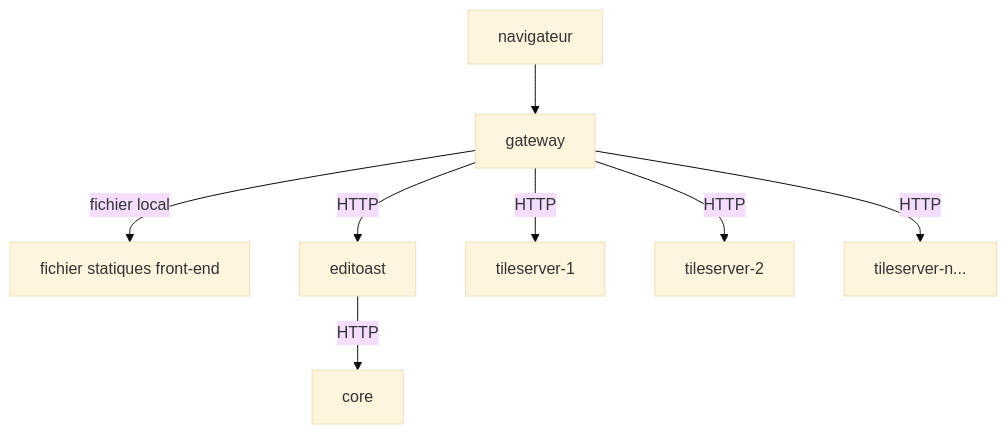
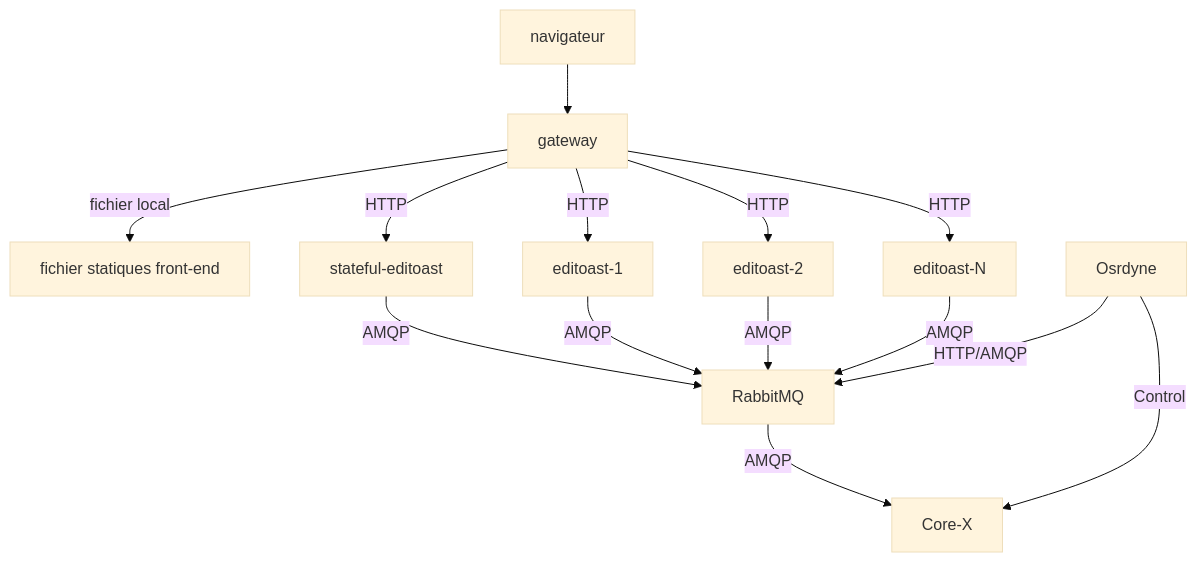
One commit to OpenRailAssociation/osrd-website changed the diagram in content/docs/guides/deploy/kubernetes/_index.fr.md. Above: the diagram before and after it, drawn with Mermaid (base theme). The commit also changed other lines of this file and 1 other file, not shown here.

````diff
--- a/content/docs/guides/deploy/kubernetes/_index.fr.md
+++ b/content/docs/guides/deploy/kubernetes/_index.fr.md
@@ -24,13 +29,19 @@
 ```mermaid
 flowchart TD
     gw["gateway"]
     front["fichier statiques front-end"]
     gw -- fichier local --> front
 
     navigateur --> gw
-    gw -- HTTP --> editoast
-    gw -- HTTP --> tileserver-1
-    gw -- HTTP --> tileserver-2
-    gw -- HTTP --> tileserver-n...
-    editoast -- HTTP --> core
+    gw -- HTTP --> stateful-editoast
+    gw -- HTTP --> editoast-1
+    gw -- HTTP --> editoast-2
+    gw -- HTTP --> editoast-N
+    stateful-editoast -- AMQP --> RabbitMQ
+    editoast-1 -- AMQP --> RabbitMQ
+    editoast-2 -- AMQP --> RabbitMQ
+    editoast-N -- AMQP --> RabbitMQ
+    RabbitMQ -- AMQP --> Core-X
+    Osrdyne -- HTTP/AMQP --> RabbitMQ
+    Osrdyne -- Control --> Core-X
 ```
````
